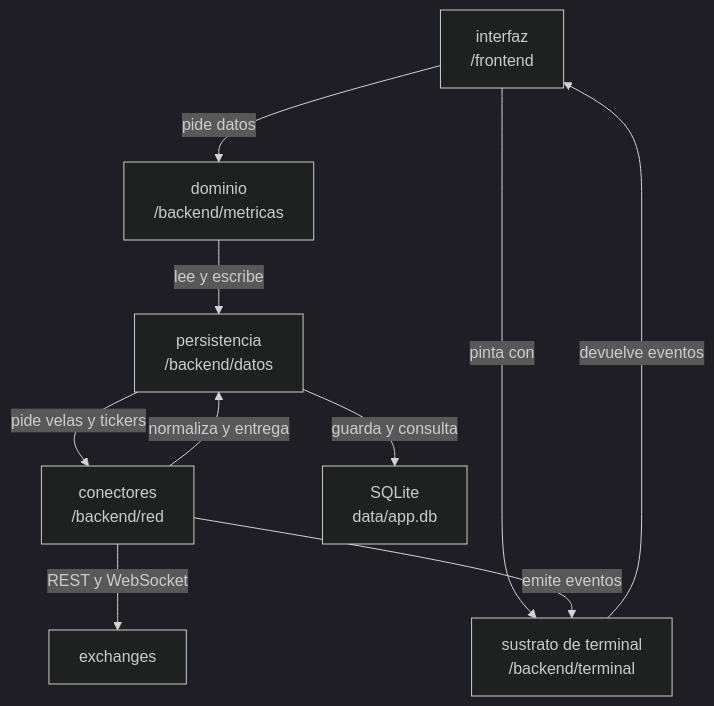
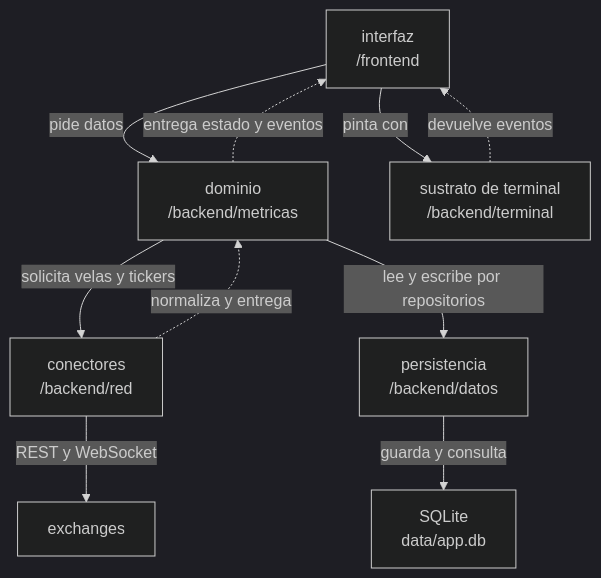
Before and after one commit to Goonza88/Trabajo_Final_Barrios_Gerbino: the diagram in docs/arquitectura.md, drawn with Mermaid (dark theme). The commit also changed other lines of this file and 5 other files, not shown here.

````diff
--- a/docs/arquitectura.md
+++ b/docs/arquitectura.md
@@ -15,20 +15,20 @@
 ```mermaid
 graph TD
     UI["interfaz<br>/frontend"]
     DOM["dominio<br>/backend/metricas"]
     DATOS["persistencia<br>/backend/datos"]
     RED["conectores<br>/backend/red"]
     TERM["sustrato de terminal<br>/backend/terminal"]
     EXCH["exchanges"]
     BD["SQLite<br>data/app.db"]
 
     UI -->|"pide datos"| DOM
-    DOM -->|"lee y escribe"| DATOS
-    DATOS -->|"pide velas y tickers"| RED
+    DOM -.->|"entrega estado y eventos"| UI
+    DOM -->|"solicita velas y tickers"| RED
     RED -->|"REST y WebSocket"| EXCH
-    RED -->|"normaliza y entrega"| DATOS
+    RED -.->|"normaliza y entrega"| DOM
+    DOM -->|"lee y escribe por repositorios"| DATOS
     DATOS -->|"guarda y consulta"| BD
     UI -->|"pinta con"| TERM
-    RED -->|"emite eventos"| TERM
-    TERM -->|"devuelve eventos"| UI
+    TERM -.->|"devuelve eventos"| UI
 ```
````
